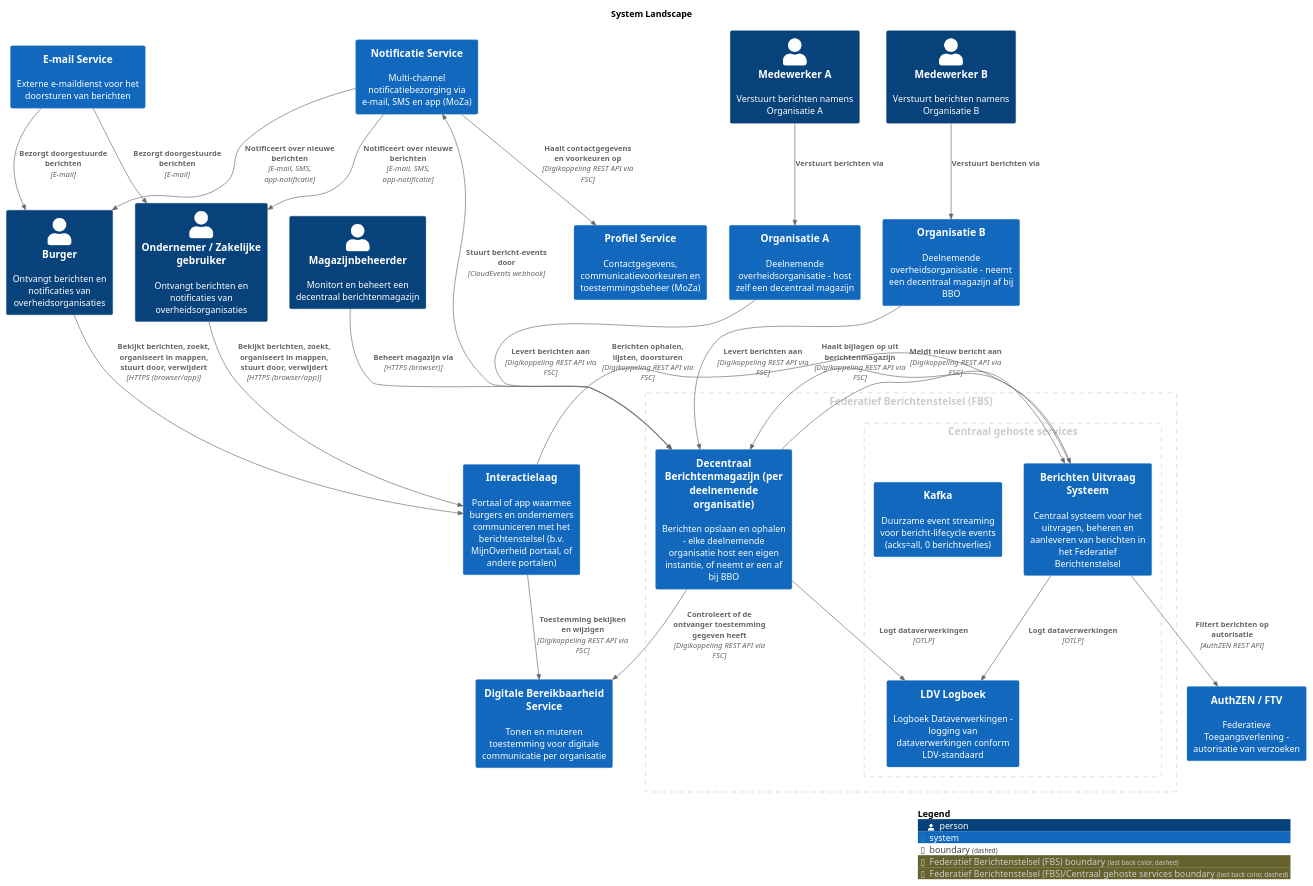
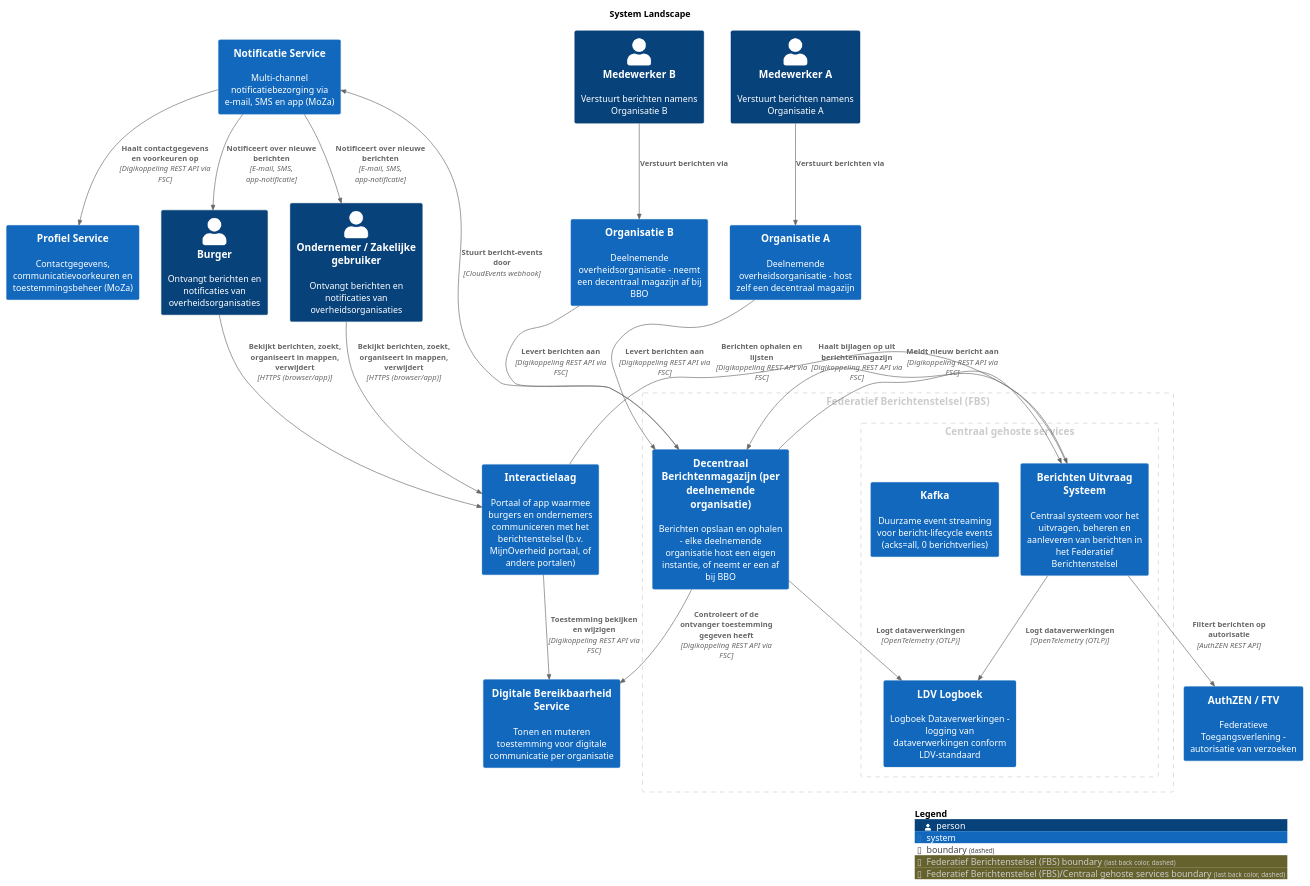
One commit to MinBZK/moza-poc-fbs-berichtenbox changed the diagram in pr-preview/pr-16/master/puml/SystemLandscape.puml. Above: the diagram before and after it, drawn with PlantUML. The commit also changed 64 other files, not shown here.

```diff
--- a/pr-preview/pr-16/master/puml/SystemLandscape.puml
+++ b/pr-preview/pr-16/master/puml/SystemLandscape.puml
@@ -1,59 +1,54 @@
 @startuml
 set separator none
 title System Landscape
 
 top to bottom direction
 
 !include <C4/C4>
 !include <C4/C4_Context>
 
 AddBoundaryTag("Federatief Berichtenstelsel (FBS)", $borderColor="#cccccc", $fontColor="#cccccc", $borderStyle="dashed")
 Boundary(group_1, "Federatief Berichtenstelsel (FBS)", $tags="Federatief Berichtenstelsel (FBS)") {
   System(DecentraalBerichtenmagazijnperdeelnemendeorganisatie, "Decentraal Berichtenmagazijn (per deelnemende organisatie)", $descr="Berichten opslaan en ophalen - elke deelnemende organisatie host een eigen instantie, of neemt er een af bij BBO", $tags="", $link="")
     AddBoundaryTag("Federatief Berichtenstelsel (FBS)/Centraal gehoste services", $borderColor="#cccccc", $fontColor="#cccccc", $borderStyle="dashed")
     Boundary(group_2, "Centraal gehoste services", $tags="Federatief Berichtenstelsel (FBS)/Centraal gehoste services") {
       System(BerichtenUitvraagSysteem, "Berichten Uitvraag Systeem", $descr="Centraal systeem voor het uitvragen, beheren en aanleveren van berichten in het Federatief Berichtenstelsel", $tags="", $link="")
       System(Kafka, "Kafka", $descr="Duurzame event streaming voor bericht-lifecycle events (acks=all, 0 berichtverlies)", $tags="", $link="")
       System(LDVLogboek, "LDV Logboek", $descr="Logboek Dataverwerkingen - logging van dataverwerkingen conform LDV-standaard", $tags="", $link="")
     }
 
 }
 
 Person(Burger, "Burger", $descr="Ontvangt berichten en notificaties van overheidsorganisaties", $tags="", $link="")
-System(Interactielaag, "Interactielaag", $descr="Portaal of app waarmee burgers en ondernemers communiceren met het berichtenstelsel (b.v. MijnOverheid portaal, of andere portalen)", $tags="", $link="")
-System(EmailService, "E-mail Service", $descr="Externe e-maildienst voor het doorsturen van berichten", $tags="", $link="")
 System(OrganisatieA, "Organisatie A", $descr="Deelnemende overheidsorganisatie - host zelf een decentraal magazijn", $tags="", $link="")
 System(OrganisatieB, "Organisatie B", $descr="Deelnemende overheidsorganisatie - neemt een decentraal magazijn af bij BBO", $tags="", $link="")
 Person(OndernemerZakelijkegebruiker, "Ondernemer / Zakelijke gebruiker", $descr="Ontvangt berichten en notificaties van overheidsorganisaties", $tags="", $link="")
 Person(MedewerkerA, "Medewerker A", $descr="Verstuurt berichten namens Organisatie A", $tags="", $link="")
 Person(MedewerkerB, "Medewerker B", $descr="Verstuurt berichten namens Organisatie B", $tags="", $link="")
-Person(Magazijnbeheerder, "Magazijnbeheerder", $descr="Monitort en beheert een decentraal berichtenmagazijn", $tags="", $link="")
 System(AuthZENFTV, "AuthZEN / FTV", $descr="Federatieve Toegangsverlening - autorisatie van verzoeken", $tags="", $link="")
 System(ProfielService, "Profiel Service", $descr="Contactgegevens, communicatievoorkeuren en toestemmingsbeheer (MoZa)", $tags="", $link="")
 System(NotificatieService, "Notificatie Service", $descr="Multi-channel notificatiebezorging via e-mail, SMS en app (MoZa)", $tags="", $link="")
 System(DigitaleBereikbaarheidService, "Digitale Bereikbaarheid Service", $descr="Tonen en muteren toestemming voor digitale communicatie per organisatie", $tags="", $link="")
+System(Interactielaag, "Interactielaag", $descr="Portaal of app waarmee burgers en ondernemers communiceren met het berichtenstelsel (b.v. MijnOverheid portaal, of andere portalen)", $tags="", $link="")
 
-Rel(OrganisatieB, DecentraalBerichtenmagazijnperdeelnemendeorganisatie, "Levert berichten aan", $techn="Digikoppeling REST API via FSC", $tags="", $link="")
-Rel(DecentraalBerichtenmagazijnperdeelnemendeorganisatie, DigitaleBereikbaarheidService, "Controleert of de ontvanger toestemming gegeven heeft", $techn="Digikoppeling REST API via FSC", $tags="", $link="")
-Rel(BerichtenUitvraagSysteem, AuthZENFTV, "Filtert berichten op autorisatie", $techn="AuthZEN REST API", $tags="", $link="")
-Rel(DecentraalBerichtenmagazijnperdeelnemendeorganisatie, LDVLogboek, "Logt dataverwerkingen", $techn="OTLP", $tags="", $link="")
-Rel(BerichtenUitvraagSysteem, LDVLogboek, "Logt dataverwerkingen", $techn="OTLP", $tags="", $link="")
+Rel(BerichtenUitvraagSysteem, LDVLogboek, "Logt dataverwerkingen", $techn="OpenTelemetry (OTLP)", $tags="", $link="")
 Rel(MedewerkerA, OrganisatieA, "Verstuurt berichten via", $techn="", $tags="", $link="")
 Rel(MedewerkerB, OrganisatieB, "Verstuurt berichten via", $techn="", $tags="", $link="")
-Rel(Burger, Interactielaag, "Bekijkt berichten, zoekt, organiseert in mappen, stuurt door, verwijdert", $techn="HTTPS (browser/app)", $tags="", $link="")
-Rel(OndernemerZakelijkegebruiker, Interactielaag, "Bekijkt berichten, zoekt, organiseert in mappen, stuurt door, verwijdert", $techn="HTTPS (browser/app)", $tags="", $link="")
-Rel(EmailService, Burger, "Bezorgt doorgestuurde berichten", $techn="E-mail", $tags="", $link="")
-Rel(EmailService, OndernemerZakelijkegebruiker, "Bezorgt doorgestuurde berichten", $techn="E-mail", $tags="", $link="")
+Rel(Burger, Interactielaag, "Bekijkt berichten, zoekt, organiseert in mappen, verwijdert", $techn="HTTPS (browser/app)", $tags="", $link="")
+Rel(OndernemerZakelijkegebruiker, Interactielaag, "Bekijkt berichten, zoekt, organiseert in mappen, verwijdert", $techn="HTTPS (browser/app)", $tags="", $link="")
 Rel(NotificatieService, Burger, "Notificeert over nieuwe berichten", $techn="E-mail, SMS, app-notificatie", $tags="", $link="")
 Rel(NotificatieService, OndernemerZakelijkegebruiker, "Notificeert over nieuwe berichten", $techn="E-mail, SMS, app-notificatie", $tags="", $link="")
-Rel(Interactielaag, BerichtenUitvraagSysteem, "Berichten ophalen, lijsten, doorsturen", $techn="Digikoppeling REST API via FSC", $tags="", $link="")
+Rel(Interactielaag, BerichtenUitvraagSysteem, "Berichten ophalen en lijsten", $techn="Digikoppeling REST API via FSC", $tags="", $link="")
 Rel(Interactielaag, DigitaleBereikbaarheidService, "Toestemming bekijken en wijzigen", $techn="Digikoppeling REST API via FSC", $tags="", $link="")
 Rel(BerichtenUitvraagSysteem, DecentraalBerichtenmagazijnperdeelnemendeorganisatie, "Haalt bijlagen op uit berichtenmagazijn", $techn="Digikoppeling REST API via FSC", $tags="", $link="")
-Rel(Magazijnbeheerder, DecentraalBerichtenmagazijnperdeelnemendeorganisatie, "Beheert magazijn via", $techn="HTTPS (browser)", $tags="", $link="")
 Rel(DecentraalBerichtenmagazijnperdeelnemendeorganisatie, BerichtenUitvraagSysteem, "Meldt nieuw bericht aan", $techn="Digikoppeling REST API via FSC", $tags="", $link="")
 Rel(DecentraalBerichtenmagazijnperdeelnemendeorganisatie, NotificatieService, "Stuurt bericht-events door", $techn="CloudEvents webhook", $tags="", $link="")
 Rel(NotificatieService, ProfielService, "Haalt contactgegevens en voorkeuren op", $techn="Digikoppeling REST API via FSC", $tags="", $link="")
 Rel(OrganisatieA, DecentraalBerichtenmagazijnperdeelnemendeorganisatie, "Levert berichten aan", $techn="Digikoppeling REST API via FSC", $tags="", $link="")
+Rel(OrganisatieB, DecentraalBerichtenmagazijnperdeelnemendeorganisatie, "Levert berichten aan", $techn="Digikoppeling REST API via FSC", $tags="", $link="")
+Rel(DecentraalBerichtenmagazijnperdeelnemendeorganisatie, DigitaleBereikbaarheidService, "Controleert of de ontvanger toestemming gegeven heeft", $techn="Digikoppeling REST API via FSC", $tags="", $link="")
+Rel(BerichtenUitvraagSysteem, AuthZENFTV, "Filtert berichten op autorisatie", $techn="AuthZEN REST API", $tags="", $link="")
+Rel(DecentraalBerichtenmagazijnperdeelnemendeorganisatie, LDVLogboek, "Logt dataverwerkingen", $techn="OpenTelemetry (OTLP)", $tags="", $link="")
 
 SHOW_LEGEND(true)
 @enduml
```
